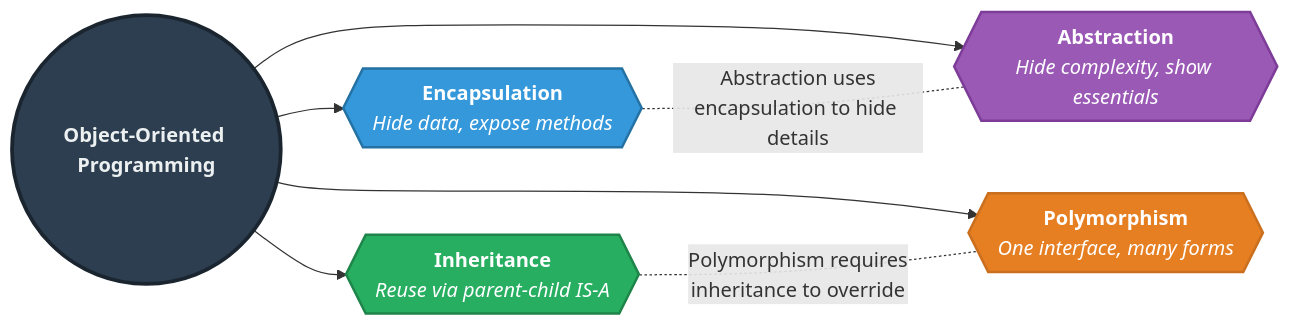
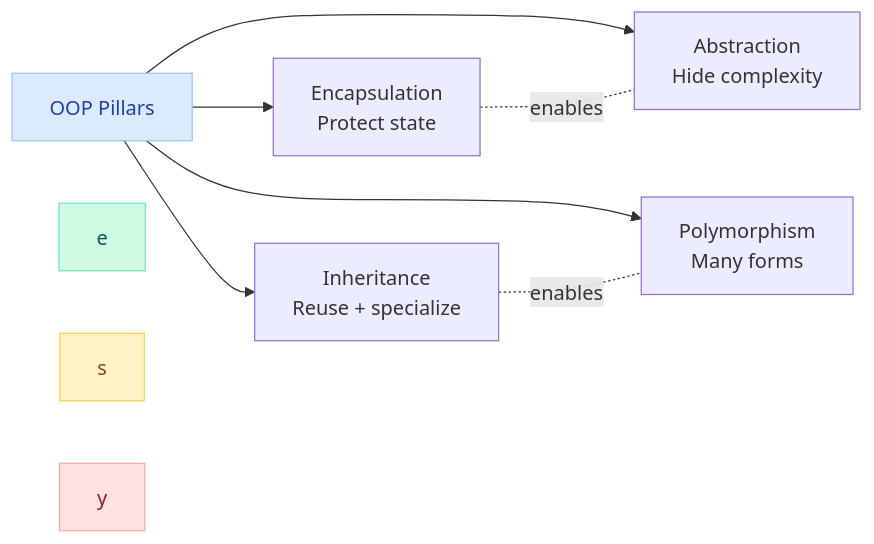
The first of 9 diagrams in docs/java/oops.md (saivamsikaruturi/vamsilabs-dev-notes-main), drawn with Mermaid before and after one commit. The commit also changed other lines of this file and 220 other files, not shown here.

First line of the commit message:
Add 50+ new Java/Spring Boot pages, rewrite CSS code blocks to Oracle style, fix all diagram colors

````diff
--- a/docs/java/oops.md
+++ b/docs/java/oops.md
@@ -11,19 +13,15 @@
 ```mermaid
 flowchart LR
-    OOP(("<b>Object-Oriented Programming</b>")):::center
+    OOP["OOP Pillars"] --> E["Encapsulation<br/>Protect state"]
+    OOP --> A["Abstraction<br/>Hide complexity"]
+    OOP --> I["Inheritance<br/>Reuse + specialize"]
+    OOP --> P["Polymorphism<br/>Many forms"]
 
-    OOP --> E{{"<b>Encapsulation</b><br/><i>Hide data, expose methods</i>"}}:::encap
-    OOP --> A{{"<b>Abstraction</b><br/><i>Hide complexity, show essentials</i>"}}:::abstr
-    OOP --> I{{"<b>Inheritance</b><br/><i>Reuse via parent-child IS-A</i>"}}:::inher
-    OOP --> P{{"<b>Polymorphism</b><br/><i>One interface, many forms</i>"}}:::poly
+    E -.-|"enables"| A
+    I -.-|"enables"| P
 
-    %% Connections between pillars
-    E -.-|"Abstraction uses<br/>encapsulation to hide details"| A
-    I -.-|"Polymorphism requires<br/>inheritance to override"| P
-
-    classDef center fill:#2c3e50,stroke:#1a252f,stroke-width:3px,color:#ecf0f1,font-size:16px
-    classDef encap fill:#3498db,stroke:#2471a3,stroke-width:2px,color:#fff
-    classDef abstr fill:#9b59b6,stroke:#7d3c98,stroke-width:2px,color:#fff
-    classDef inher fill:#27ae60,stroke:#1e8449,stroke-width:2px,color:#fff
-    classDef poly fill:#e67e22,stroke:#ca6f1e,stroke-width:2px,color:#fff
+    style OOP fill:#DBEAFE,stroke:#93C5FD,color:#1E40AF
+    style e fill:#D1FAE5,stroke:#6EE7B7,color:#065F46
+    style s fill:#FEF3C7,stroke:#FCD34D,color:#92400E
+    style y fill:#FEE2E2,stroke:#FCA5A5,color:#991B1B
 ```
````
